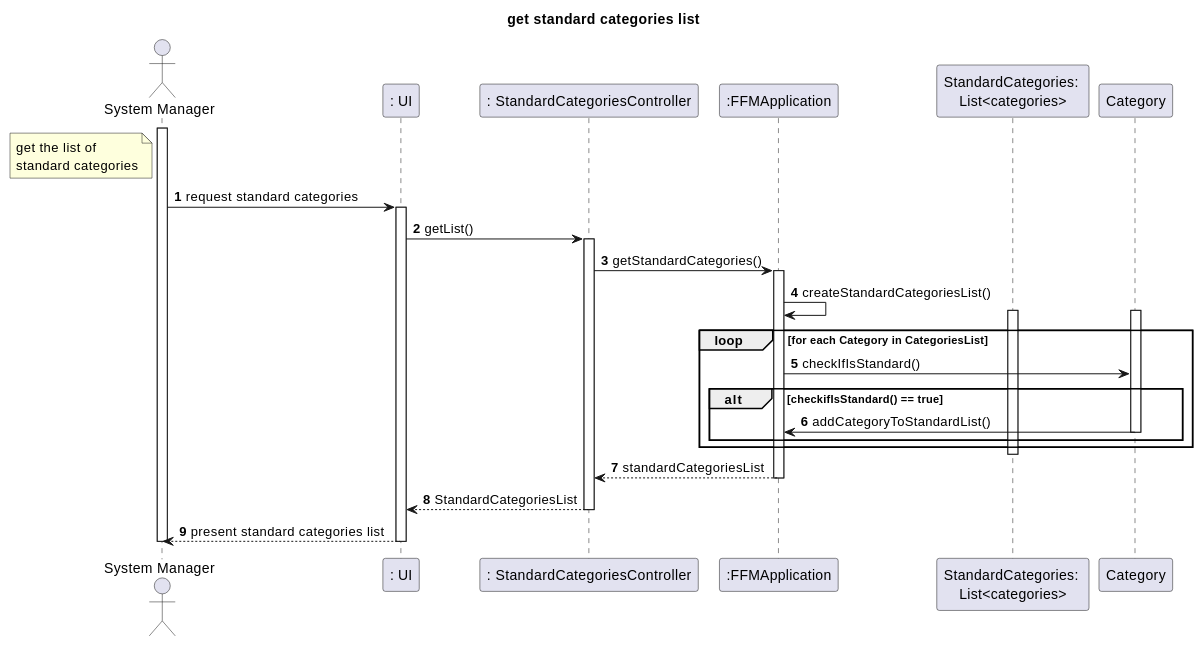
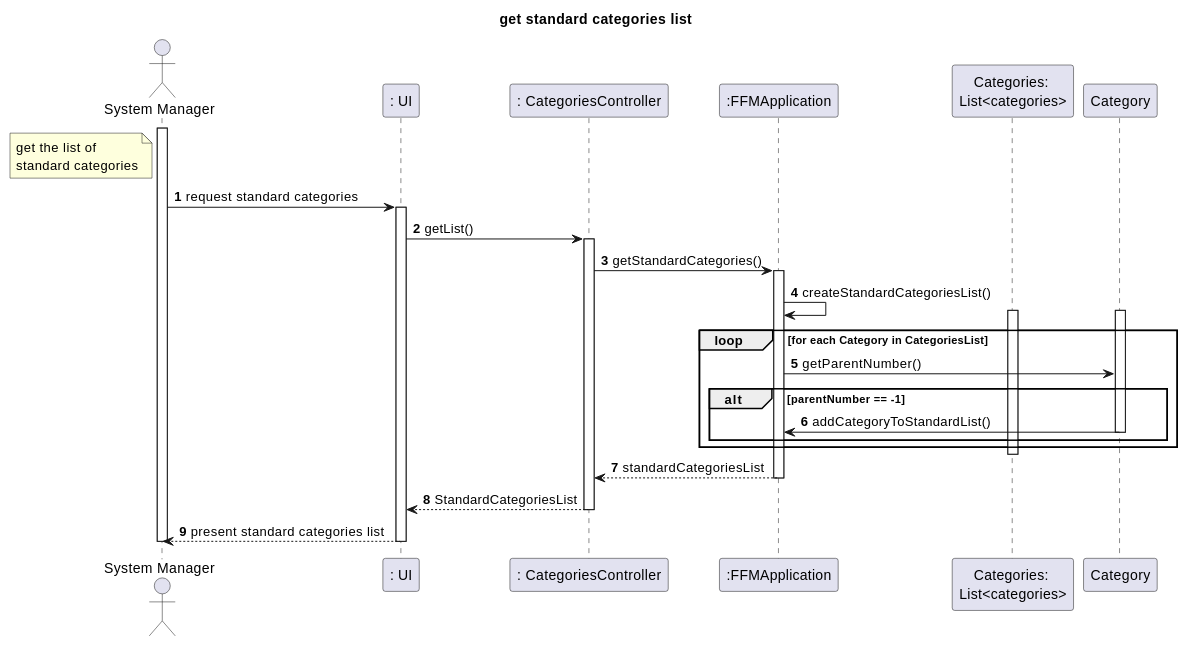
Before and after one commit to tomas-osswald/switch_2020_g3: the first of 3 diagrams in docs/US002 Get Standard Categories.md, drawn with PlantUML. The commit also changed other lines of this file and 6 other files, not shown here.

`````diff
--- a/docs/US002 Get Standard Categories.md
+++ b/docs/US002 Get Standard Categories.md
@@ -32,39 +32,39 @@
 ````puml
 autonumber
 title get standard categories list
 actor "System Manager" as systemManager
 participant ": UI" as ui
-participant ": StandardCategoriesController" as controller
+participant ": CategoriesController" as controller
 participant ":FFMApplication" as app
-participant "StandardCategories: \nList<categories>" as list
+participant "Categories: \nList<categories>" as list
 participant "Category" as category
 
 note left of systemManager:  get the list of \nstandard categories
 activate systemManager
 systemManager -> ui : request standard categories
 activate ui
 ui -> controller : getList()
 activate controller
 controller -> app : getStandardCategories()
 activate app
 app -> app : createStandardCategoriesList()
 loop for each Category in CategoriesList
 activate list
 activate category
 
-app -> category : checkIfIsStandard()
-alt checkifIsStandard() == true
+app -> category : getParentNumber()
+alt parentNumber == -1
 category -> app : addCategoryToStandardList()
 deactivate category
 end
 end
 deactivate list
 app --> controller : standardCategoriesList
 deactivate app
 controller --> ui :StandardCategoriesList
 deactivate controller
 ui --> systemManager : present standard categories list
 deactivate ui
 deactivate systemManager
 @enduml
 ````
`````
